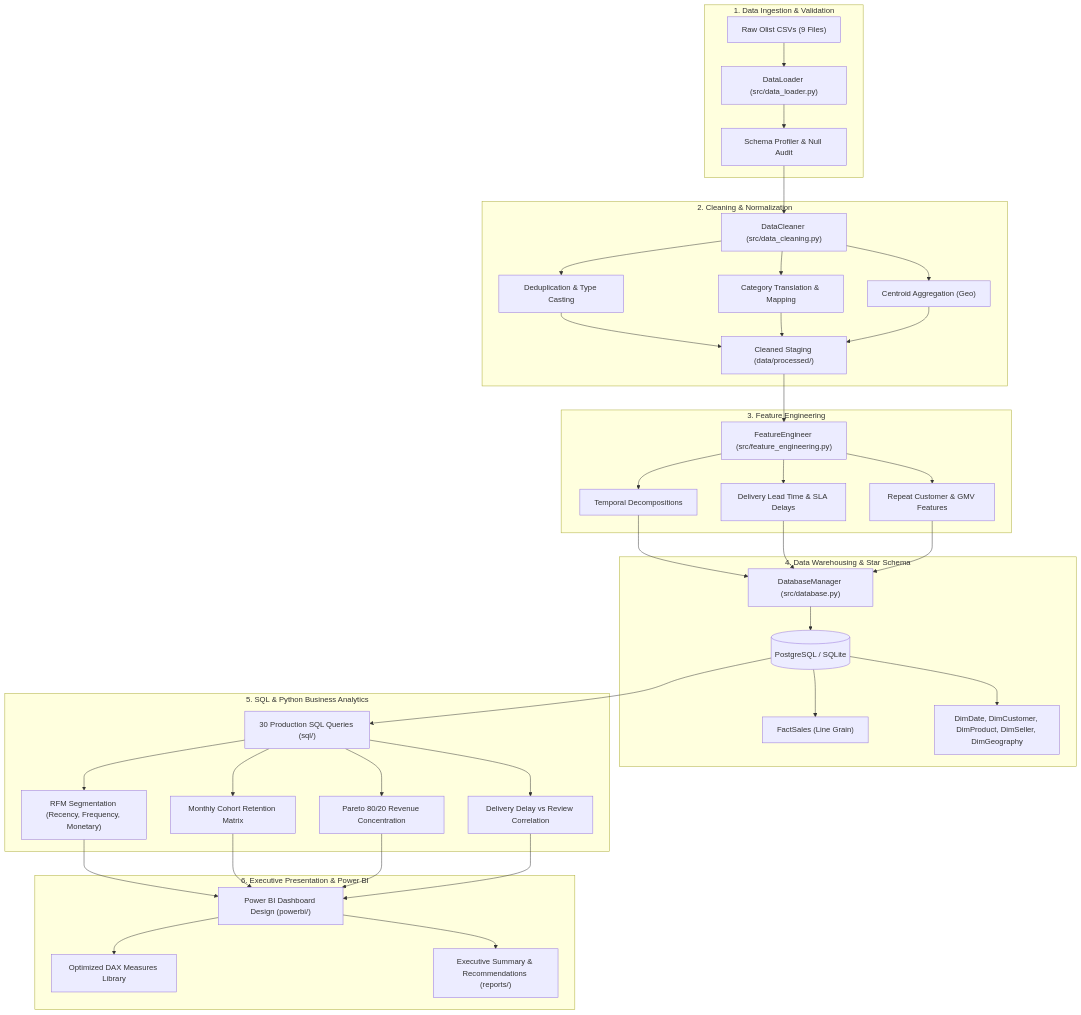
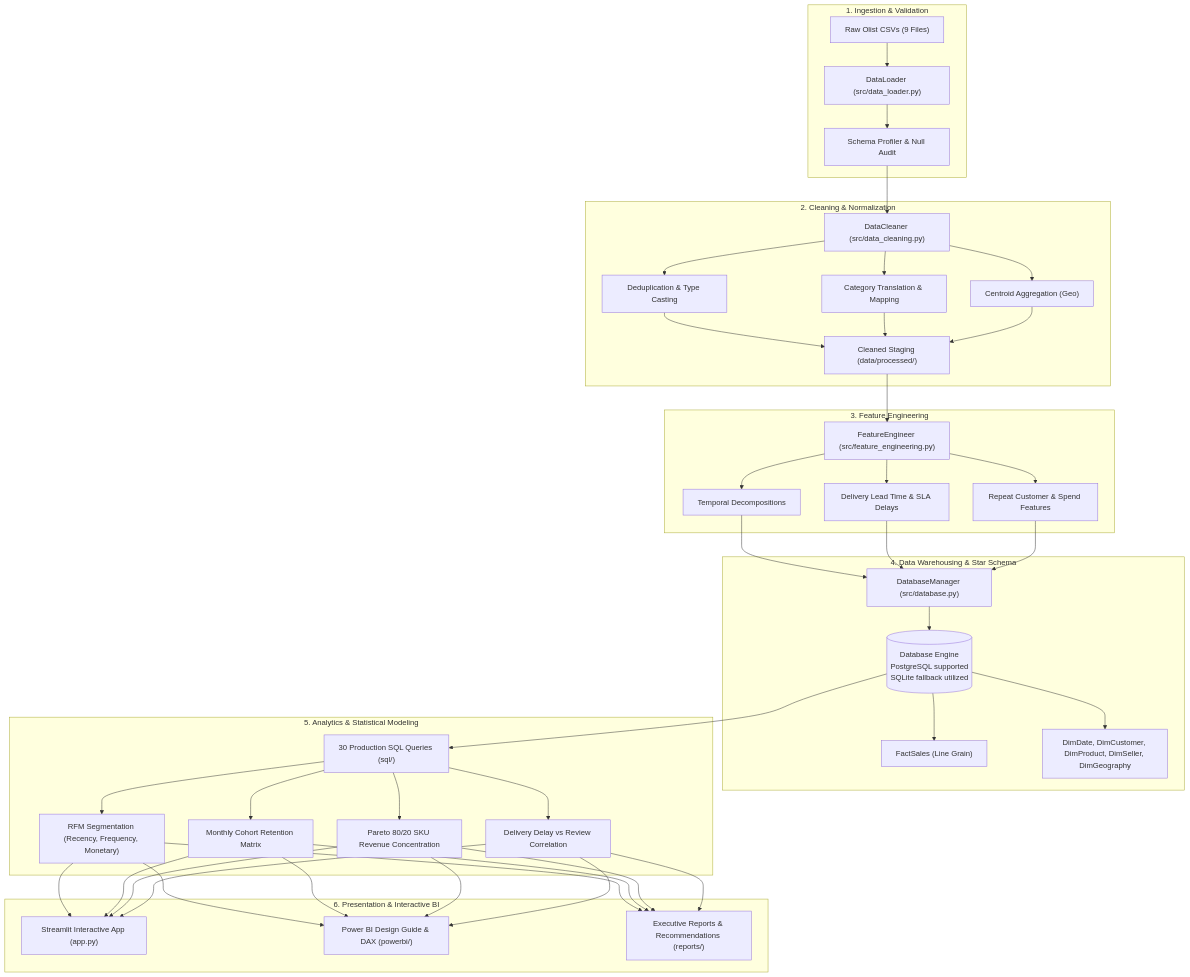
One commit to priyanshusharma318/ecommerce-business-intelligence changed the diagram in README.md. Above: the diagram before and after it, drawn with Mermaid. The commit also changed other lines of this file, not shown here.

````diff
--- a/README.md
+++ b/README.md
@@ -16,43 +18,43 @@
 ```mermaid
 flowchart TD
-    subgraph Ingestion["1. Data Ingestion & Validation"]
+    subgraph Ingestion["1. Ingestion & Validation"]
         A["Raw Olist CSVs (9 Files)"] --> B["DataLoader (src/data_loader.py)"]
         B --> C["Schema Profiler & Null Audit"]
     end
 
     subgraph Cleaning["2. Cleaning & Normalization"]
         C --> D["DataCleaner (src/data_cleaning.py)"]
         D --> E["Deduplication & Type Casting"]
         D --> F["Category Translation & Mapping"]
         D --> G["Centroid Aggregation (Geo)"]
         E & F & G --> H["Cleaned Staging (data/processed/)"]
     end
 
     subgraph FeatureEngineering["3. Feature Engineering"]
         H --> I["FeatureEngineer (src/feature_engineering.py)"]
         I --> J["Temporal Decompositions"]
         I --> K["Delivery Lead Time & SLA Delays"]
-        I --> L["Repeat Customer & GMV Features"]
+        I --> L["Repeat Customer & Spend Features"]
     end
 
     subgraph Warehouse["4. Data Warehousing & Star Schema"]
         J & K & L --> M["DatabaseManager (src/database.py)"]
-        M --> N[("PostgreSQL / SQLite")]
+        M --> N[("Database Engine\nPostgreSQL supported\nSQLite fallback utilized")]
         N --> O["FactSales (Line Grain)"]
         N --> P["DimDate, DimCustomer, DimProduct, DimSeller, DimGeography"]
     end
 
-    subgraph Analytics["5. SQL & Python Business Analytics"]
+    subgraph Analytics["5. Analytics & Statistical Modeling"]
         N --> Q["30 Production SQL Queries (sql/)"]
         Q --> R["RFM Segmentation (Recency, Frequency, Monetary)"]
         Q --> S["Monthly Cohort Retention Matrix"]
-        Q --> T["Pareto 80/20 Revenue Concentration"]
+        Q --> T["Pareto 80/20 SKU Revenue Concentration"]
         Q --> U["Delivery Delay vs Review Correlation"]
     end
 
-    subgraph BI["6. Executive Presentation & Power BI"]
-        R & S & T & U --> V["Power BI Dashboard Design (powerbi/)"]
-        V --> W["Optimized DAX Measures Library"]
-        V --> X["Executive Summary & Recommendations (reports/)"]
+    subgraph BI["6. Presentation & Interactive BI"]
+        R & S & T & U --> V["Streamlit Interactive App (app.py)"]
+        R & S & T & U --> W["Power BI Design Guide & DAX (powerbi/)"]
+        R & S & T & U --> X["Executive Reports & Recommendations (reports/)"]
     end
 ```
````
